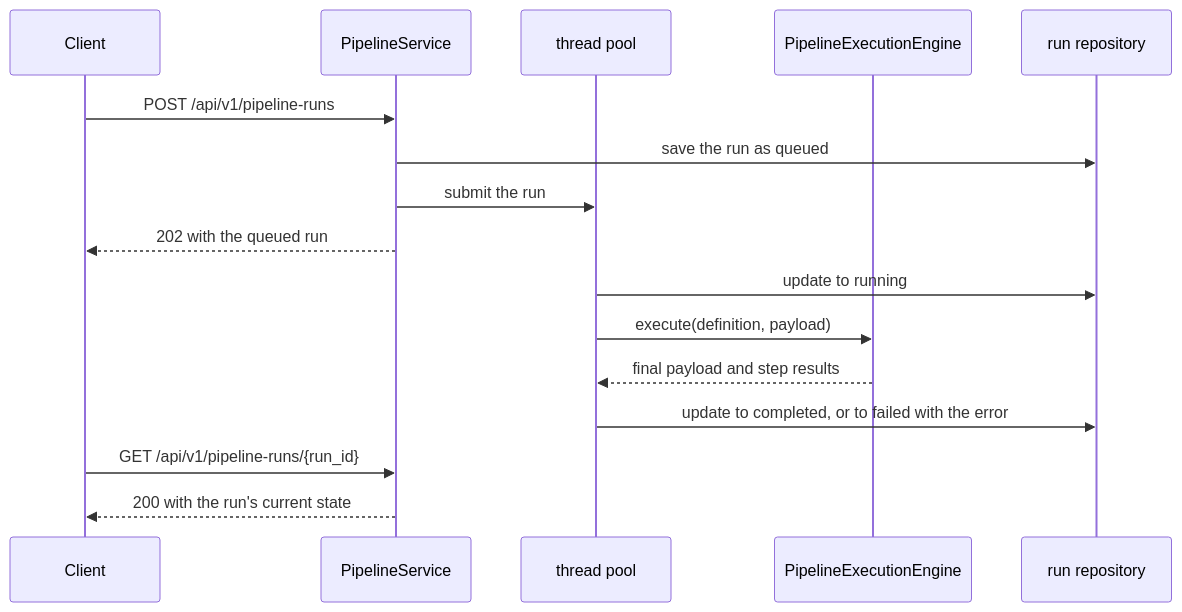
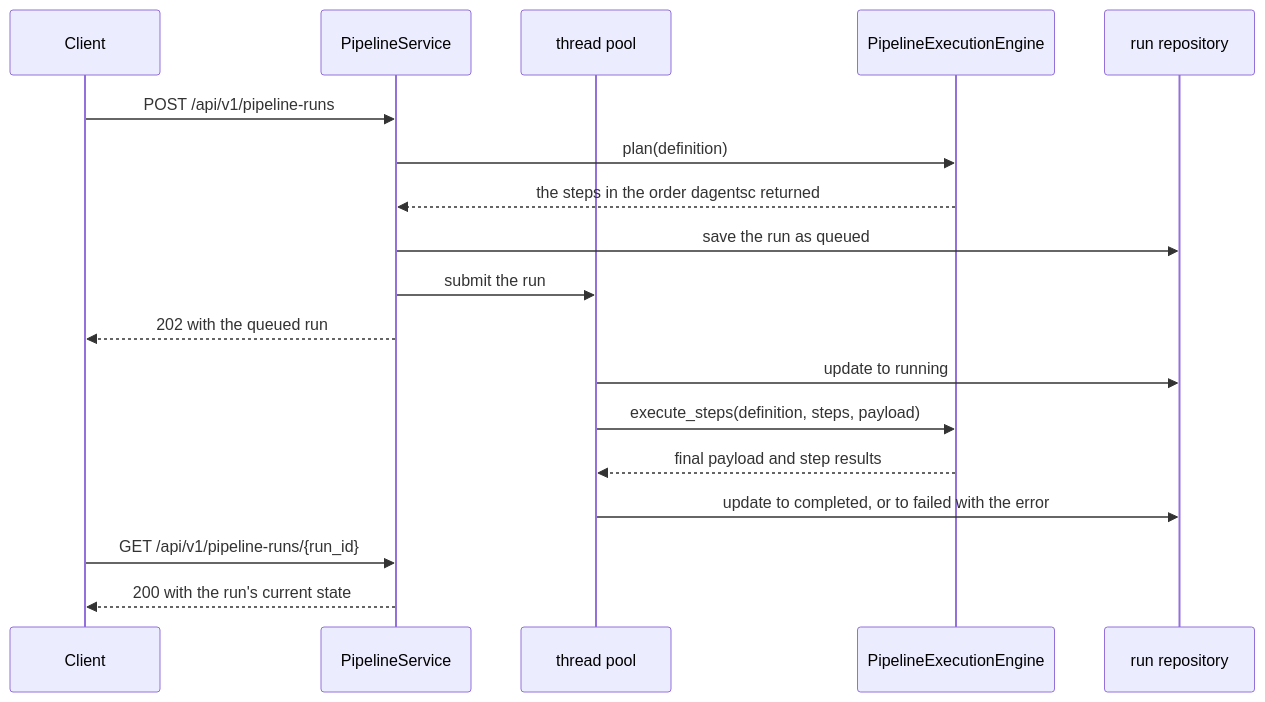
Before and after one commit to pradyunuydarp/Dagents: the fifth of 8 diagrams in docs/reference/api/framework-services.md, drawn with Mermaid. The commit also changed other lines of this file and 36 other files, not shown here.

````diff
--- a/docs/reference/api/framework-services.md
+++ b/docs/reference/api/framework-services.md
@@ -491,18 +508,20 @@
 ```mermaid
 sequenceDiagram
     participant Client
     participant Service as PipelineService
     participant Pool as thread pool
     participant Engine as PipelineExecutionEngine
     participant Repo as run repository
     Client->>Service: POST /api/v1/pipeline-runs
+    Service->>Engine: plan(definition)
+    Engine-->>Service: the steps in the order dagentsc returned
     Service->>Repo: save the run as queued
     Service->>Pool: submit the run
     Service-->>Client: 202 with the queued run
     Pool->>Repo: update to running
-    Pool->>Engine: execute(definition, payload)
+    Pool->>Engine: execute_steps(definition, steps, payload)
     Engine-->>Pool: final payload and step results
     Pool->>Repo: update to completed, or to failed with the error
     Client->>Service: GET /api/v1/pipeline-runs/{run_id}
     Service-->>Client: 200 with the run's current state
 ```
````
